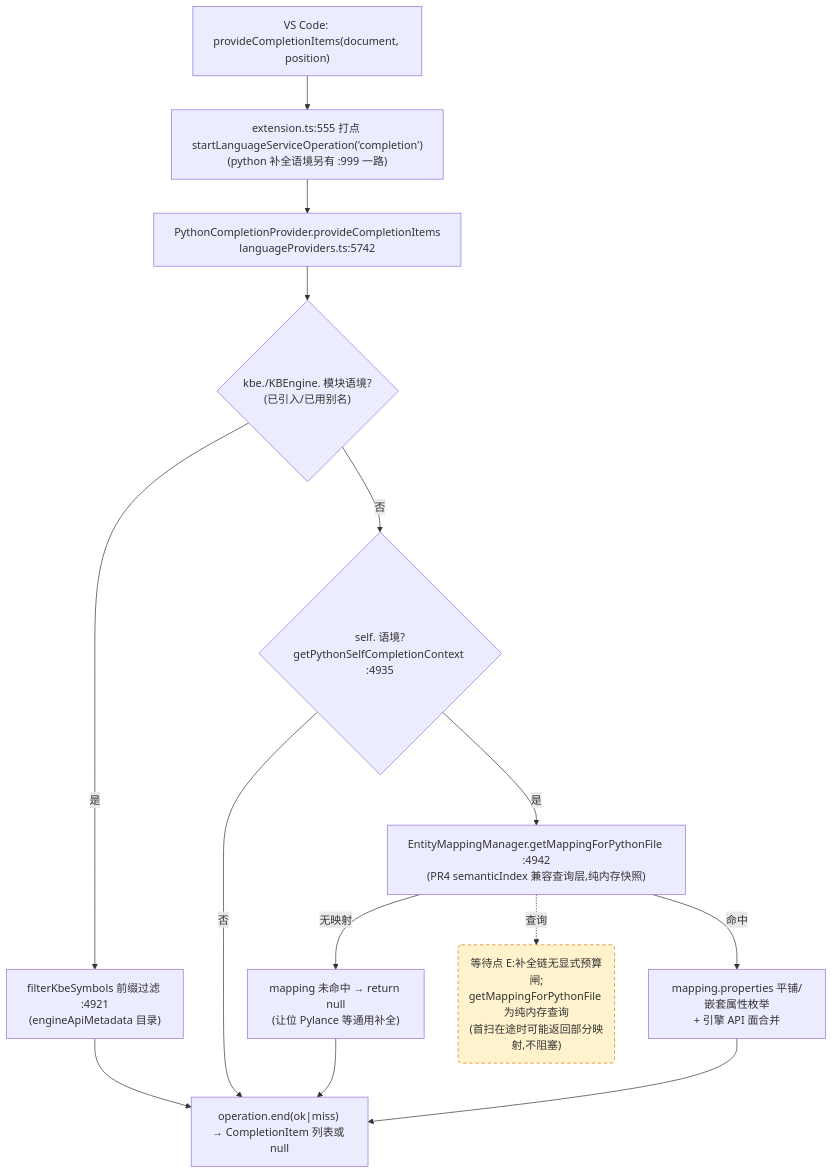
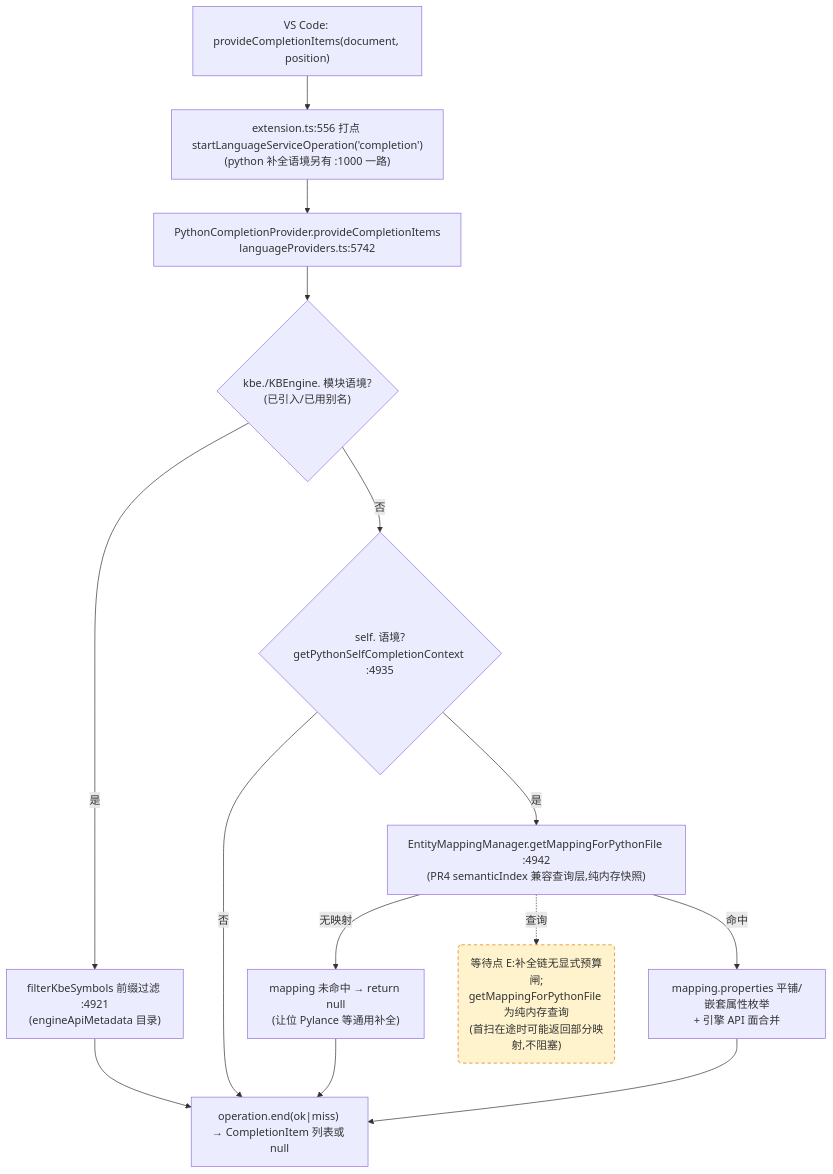
The third of 4 diagrams in docs/perf/2026-baseline.md (cuihairu/kode), drawn with Mermaid before and after one commit. The commit also changed other lines of this file and 9 other files, not shown here.

````diff
--- a/docs/perf/2026-baseline.md
+++ b/docs/perf/2026-baseline.md
@@ -184,27 +184,27 @@
 ```mermaid
 flowchart TD
   VC3["VS Code: provideCompletionItems(document, position)"]
-  M3["extension.ts:555 打点 startLanguageServiceOperation('completion')<br/>(python 补全语境另有 :999 一路)"]
+  M3["extension.ts:556 打点 startLanguageServiceOperation('completion')<br/>(python 补全语境另有 :1000 一路)"]
   CP["PythonCompletionProvider.provideCompletionItems<br/>languageProviders.ts:5742"]
   KBEC{"kbe./KBEngine. 模块语境?<br/>(已引入/已用别名)"}
   FILTER["filterKbeSymbols 前缀过滤 :4921<br/>(engineApiMetadata 目录)"]
   SELFC{"self. 语境?<br/>getPythonSelfCompletionContext :4935"}
   MAP["EntityMappingManager.getMappingForPythonFile :4942<br/>(PR4 semanticIndex 兼容查询层,纯内存快照)"]
   NOMAP["mapping 未命中 → return null<br/>(让位 Pylance 等通用补全)"]
   PROPS["mapping.properties 平铺/嵌套属性枚举<br/>+ 引擎 API 面合并"]
   END3["operation.end(ok|miss) → CompletionItem 列表或 null"]
 
   VC3 --> M3 --> CP --> KBEC
   KBEC -- "是" --> FILTER --> END3
   KBEC -- "否" --> SELFC
   SELFC -- "否" --> END3
   SELFC -- "是" --> MAP
   MAP -- "无映射" --> NOMAP --> END3
   MAP -- "命中" --> PROPS --> END3
 
   WAITE("等待点 E:补全链无显式预算闸;<br/>getMappingForPythonFile 为纯内存查询<br/>(首扫在途时可能返回部分映射,不阻塞)")
   MAP -.->|查询| WAITE
 
   classDef waitPoint fill:#fff3cd,stroke:#d97706,stroke-dasharray:5 4;
   class WAITE waitPoint;
 ```
````
